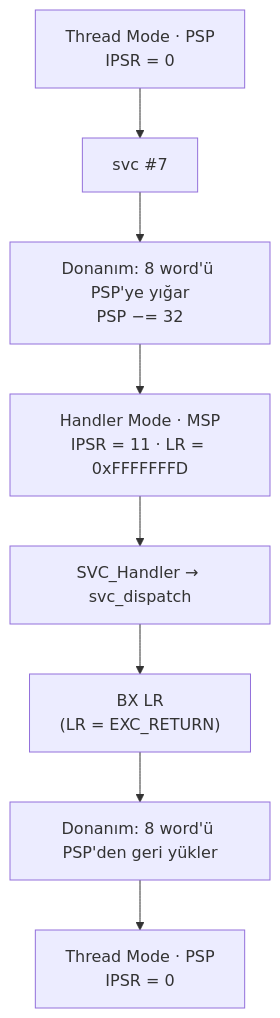
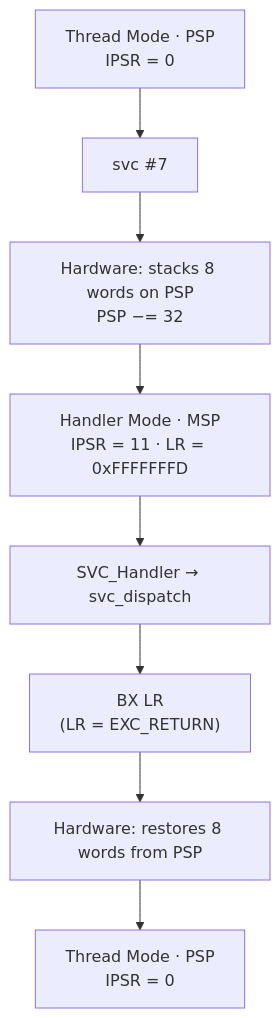
The diagram in lessons/07-exceptions/README.md (Merd0/ARM-Cortex-M-Lab), drawn with Mermaid before and after one commit. The commit also changed other lines of this file and 19 other files, not shown here.

````diff
--- a/lessons/07-exceptions/README.md
+++ b/lessons/07-exceptions/README.md
@@ -250,13 +250,13 @@
 ```mermaid
 flowchart TD
     A["Thread Mode · PSP<br/>IPSR = 0"]
     B["svc #7"]
-    C["Donanım: 8 word'ü PSP'ye yığar<br/>PSP −= 32"]
+    C["Hardware: stacks 8 words on PSP<br/>PSP −= 32"]
     D["Handler Mode · MSP<br/>IPSR = 11 · LR = 0xFFFFFFFD"]
     E["SVC_Handler → svc_dispatch"]
     F["BX LR<br/>(LR = EXC_RETURN)"]
-    G["Donanım: 8 word'ü PSP'den geri yükler"]
+    G["Hardware: restores 8 words from PSP"]
     H["Thread Mode · PSP<br/>IPSR = 0"]
 
     A --> B --> C --> D --> E --> F --> G --> H
 ```
````
